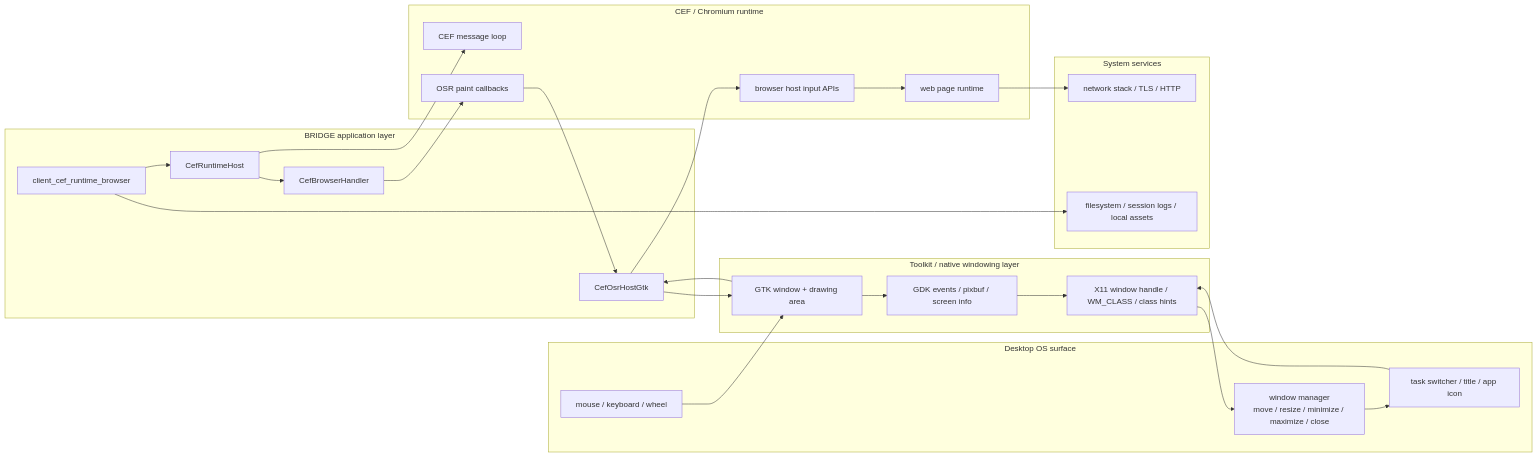
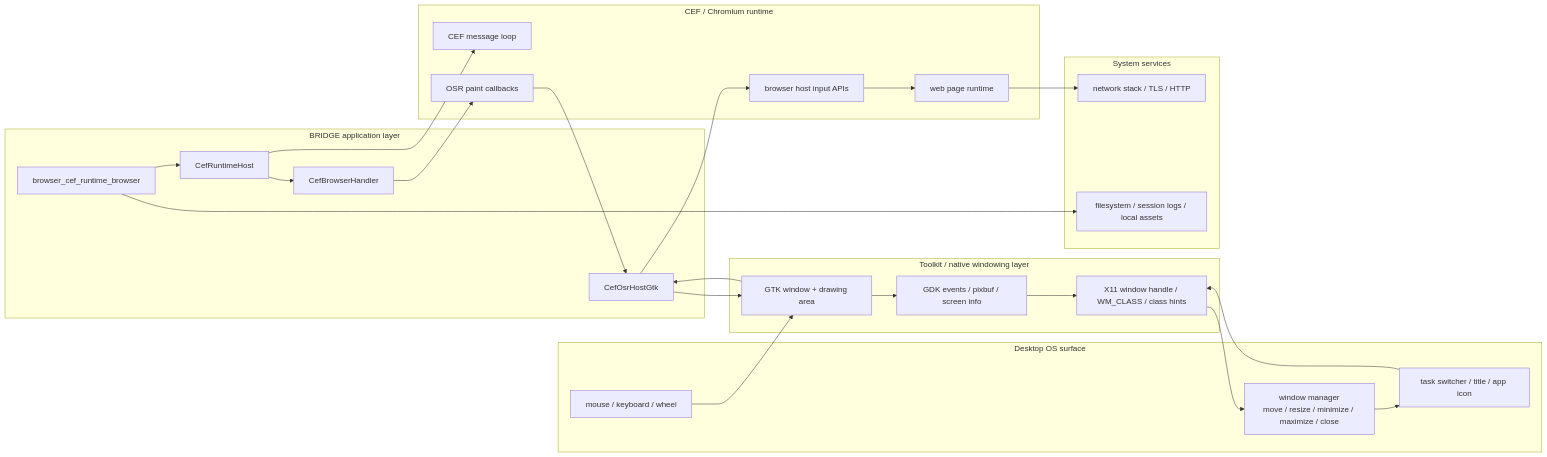
Before and after one commit to dmtomczyk/bridge: the tenth of 10 diagrams in docs/current-architecture-overview.md, drawn with Mermaid. The commit also changed other lines of this file and 25 other files, not shown here.

Commit message:
Record browser/core split and Windows runtime-host planning

````diff
--- a/docs/current-architecture-overview.md
+++ b/docs/current-architecture-overview.md
@@ -470,42 +470,42 @@
 ```mermaid
 flowchart LR
     subgraph APP["BRIDGE application layer"]
-        ENTRY["client_cef_runtime_browser"]
+        ENTRY["browser_cef_runtime_browser"]
         HOST["CefRuntimeHost"]
         HANDLER["CefBrowserHandler"]
         OSR["CefOsrHostGtk"]
     end
 
     subgraph TOOLKIT["Toolkit / native windowing layer"]
         GTK["GTK window + drawing area"]
         GDK["GDK events / pixbuf / screen info"]
         X11["X11 window handle / WM_CLASS / class hints"]
     end
 
     subgraph DESKTOP["Desktop OS surface"]
         WM["window manager\nmove / resize / minimize / maximize / close"]
         INPUT["mouse / keyboard / wheel"]
         TASK["task switcher / title / app icon"]
     end
 
     subgraph WEBRT["CEF / Chromium runtime"]
         LOOP["CEF message loop"]
         PAINT["OSR paint callbacks"]
         INP["browser host input APIs"]
         PAGE["web page runtime"]
     end
 
     subgraph SYSTEM["System services"]
         NET["network stack / TLS / HTTP"]
         FS["filesystem / session logs / local assets"]
     end
 
     ENTRY --> HOST --> LOOP
     HOST --> HANDLER
     HANDLER --> PAINT --> OSR --> GTK --> GDK --> X11 --> WM
     INPUT --> GTK --> OSR --> INP --> PAGE
     PAGE --> NET
     ENTRY --> FS
     WM --> TASK
     TASK --> X11
 ```
````
